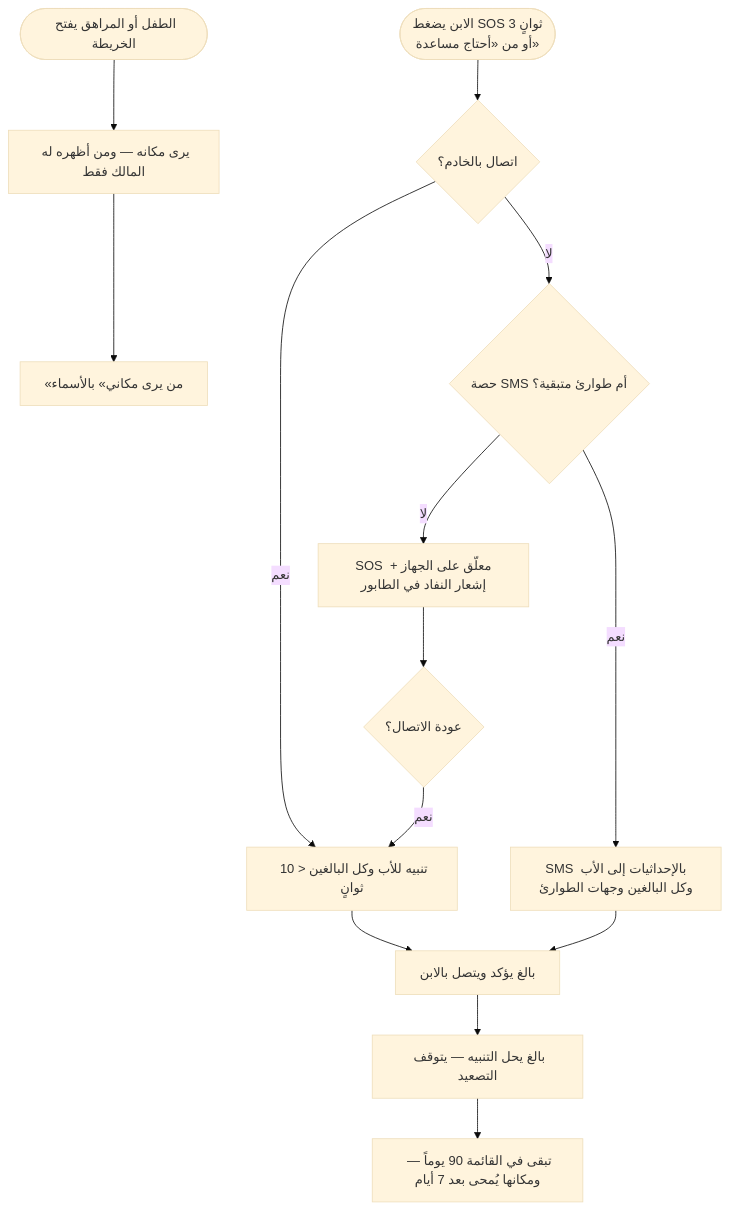
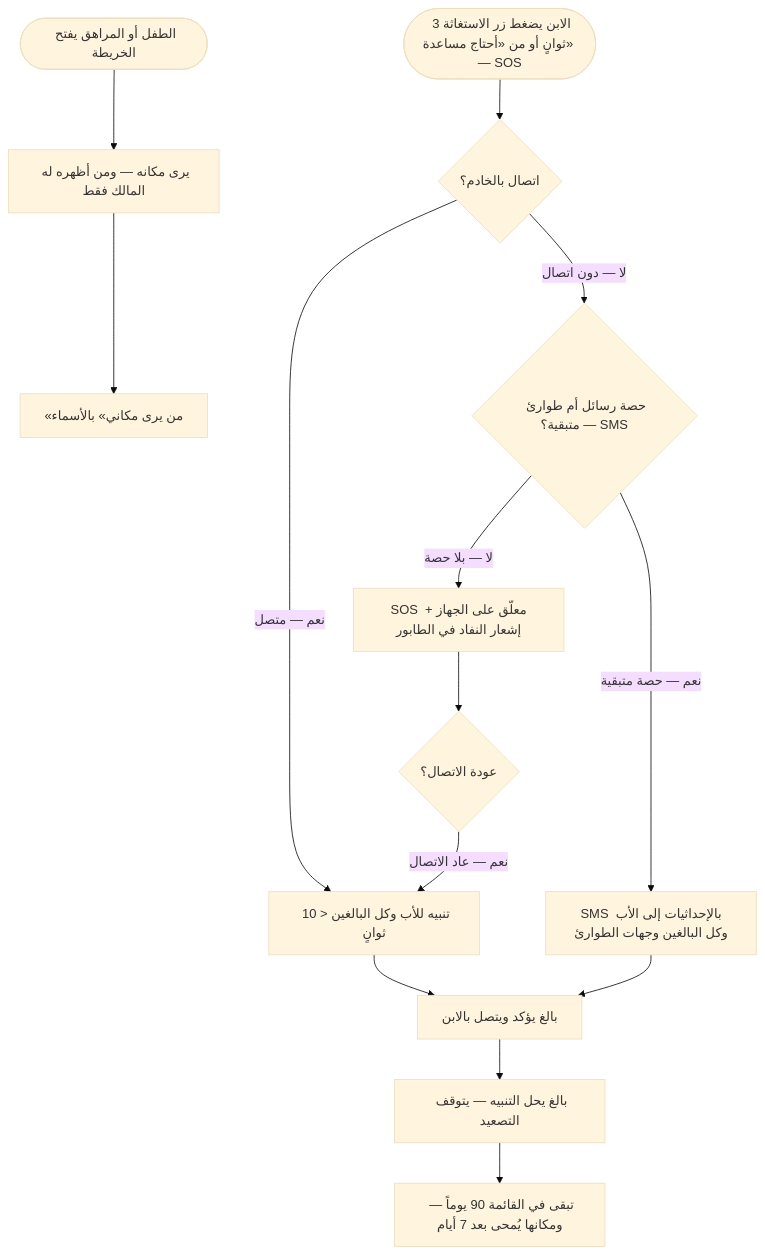
One commit to Bassam-mohammed-alqaeadi/family-os-v2 changed diagram 19 of 30 in docs/family-os/governance/phases/phase-1/S1-07-location-basic/DIAGRAMS.md. Above: the diagram before and after it, drawn with Mermaid (base theme). The commit also changed other lines of this file, not shown here.

````diff
--- a/docs/family-os/governance/phases/phase-1/S1-07-location-basic/DIAGRAMS.md
+++ b/docs/family-os/governance/phases/phase-1/S1-07-location-basic/DIAGRAMS.md
@@ -613,16 +721,16 @@
 ```mermaid
 flowchart TD
     Kid([الطفل أو المراهق يفتح الخريطة]) --> Mine[يرى مكانه — ومن أظهره له المالك فقط]
     Mine --> Who[«من يرى مكاني» بالأسماء]
-    Child([الابن يضغط SOS 3 ثوانٍ<br/>أو من «أحتاج مساعدة»]) --> Net{اتصال بالخادم؟}
-    Net -->|نعم| Online[تنبيه للأب وكل البالغين < 10 ثوانٍ]
-    Net -->|لا| Quota{حصة SMS أم طوارئ متبقية؟}
-    Quota -->|نعم| SMS[SMS بالإحداثيات إلى الأب وكل البالغين وجهات الطوارئ]
-    Quota -->|لا| Pending[SOS معلّق على الجهاز + إشعار النفاد في الطابور]
+    Child([الابن يضغط زر الاستغاثة 3 ثوانٍ أو من «أحتاج مساعدة» — SOS]) --> Net{اتصال بالخادم؟}
+    Net -->|نعم — متصل| Online[تنبيه للأب وكل البالغين < 10 ثوانٍ]
+    Net -->|لا — دون اتصال| Quota{حصة رسائل أم طوارئ متبقية؟ — SMS}
+    Quota -->|نعم — حصة متبقية| SMS[SMS بالإحداثيات إلى الأب وكل البالغين وجهات الطوارئ]
+    Quota -->|لا — بلا حصة| Pending[SOS معلّق على الجهاز + إشعار النفاد في الطابور]
     Online --> Ack[بالغ يؤكد ويتصل بالابن]
     Ack --> Resolve[بالغ يحل التنبيه — يتوقف التصعيد]
     Resolve --> Keep[تبقى في القائمة 90 يوماً — ومكانها يُمحى بعد 7 أيام]
     SMS --> Ack
     Pending --> Reconnect{عودة الاتصال؟}
-    Reconnect -->|نعم| Online
+    Reconnect -->|نعم — عاد الاتصال| Online
 ```
````
